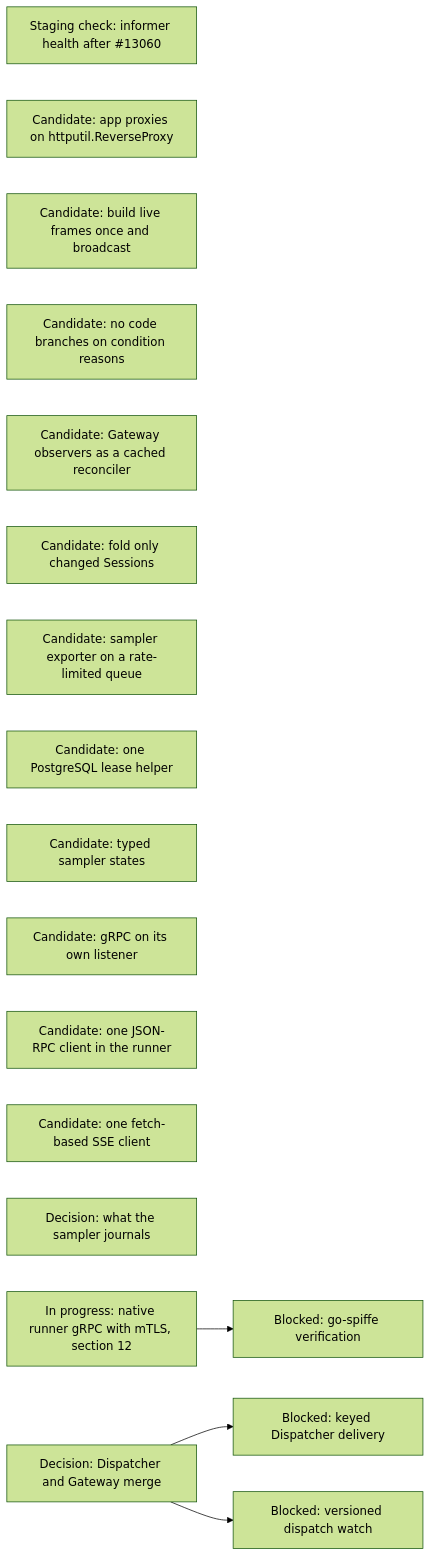
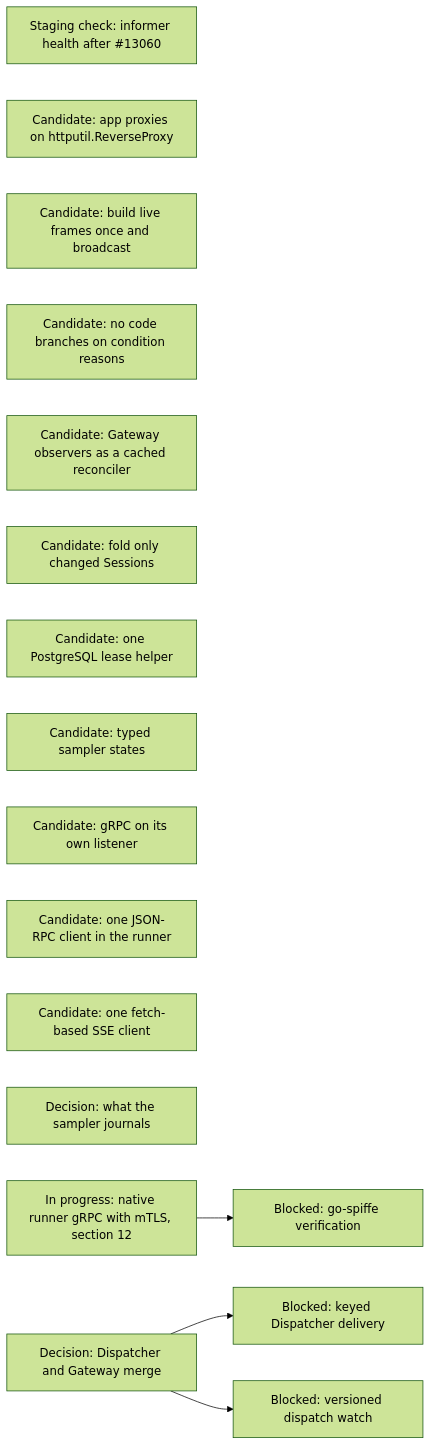
Before and after one commit to agentydragon/ducktape: diagram 18 of 18 in agentplane/plans/task_dag.md, drawn with Mermaid (forest theme). The commit also changed other lines of this file and 6 other files, not shown here.

First line of the commit message:
central_sampler: export on a client-go rate-limited workqueue

````diff
--- a/agentplane/plans/task_dag.md
+++ b/agentplane/plans/task_dag.md
@@ -1924,19 +1924,18 @@
 ```mermaid
 flowchart LR
     KUBERNETES_NATIVE_WATCH_HEALTH[Staging check: informer health after #13060]
     APP_PROXY_REVERSE_PROXY[Candidate: app proxies on httputil.ReverseProxy]
     APP_LIVE_FRAME_BROADCAST[Candidate: build live frames once and broadcast]
     CONDITION_REASONS_NOT_STATE[Candidate: no code branches on condition reasons]
     GATEWAY_OBSERVER_RECONCILER[Candidate: Gateway observers as a cached reconciler]
     HISTORY_FOLD_DIRTY_QUEUE[Candidate: fold only changed Sessions]
-    SAMPLER_EXPORTER_WORKQUEUE[Candidate: sampler exporter on a rate-limited queue]
     POSTGRES_LEASE_HELPER[Candidate: one PostgreSQL lease helper]
     SAMPLER_TYPED_STATE[Candidate: typed sampler states]
     GRPC_NATIVE_LISTENER[Candidate: gRPC on its own listener]
     RUNNER_JSONRPC[Candidate: one JSON-RPC client in the runner]
     FRONTEND_SSE_CLIENT[Candidate: one fetch-based SSE client]
     SAMPLER_JOURNAL_DIET[Decision: what the sampler journals]
     RUNNER_CONTROL_TRANSPORT_DESIGN[In progress: native runner gRPC with mTLS, section 12] --> RUNNER_MTLS_GO_SPIFFE[Blocked: go-spiffe verification]
     DISPATCHER_PERSISTENCE_MODEL_DESIGN[Decision: Dispatcher and Gateway merge] --> DISPATCHER_KEYED_DELIVERY[Blocked: keyed Dispatcher delivery]
     DISPATCHER_PERSISTENCE_MODEL_DESIGN --> DISPATCHER_WATCH_VERSIONS[Blocked: versioned dispatch watch]
 ```
````
